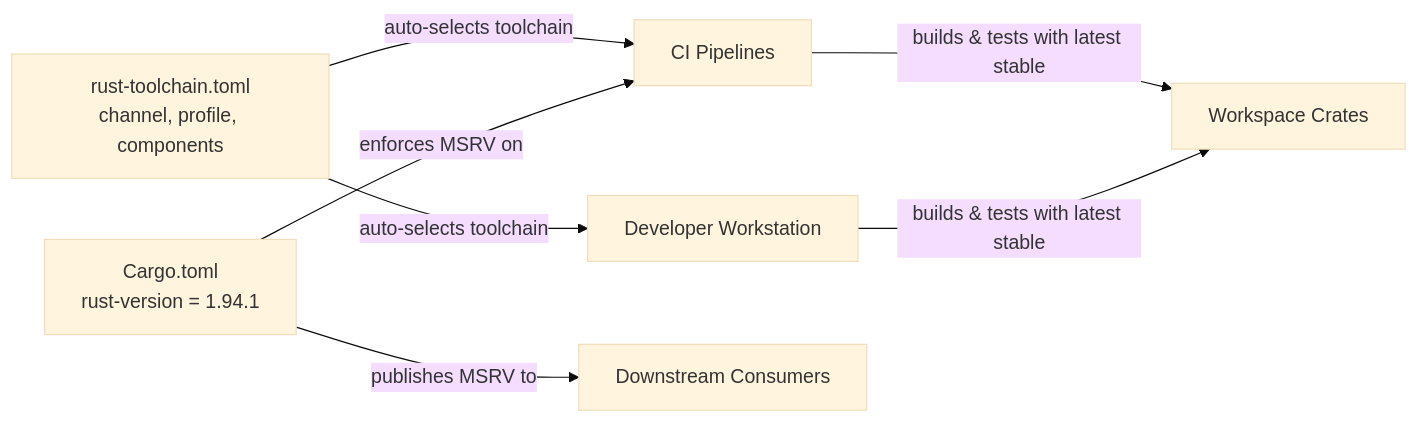
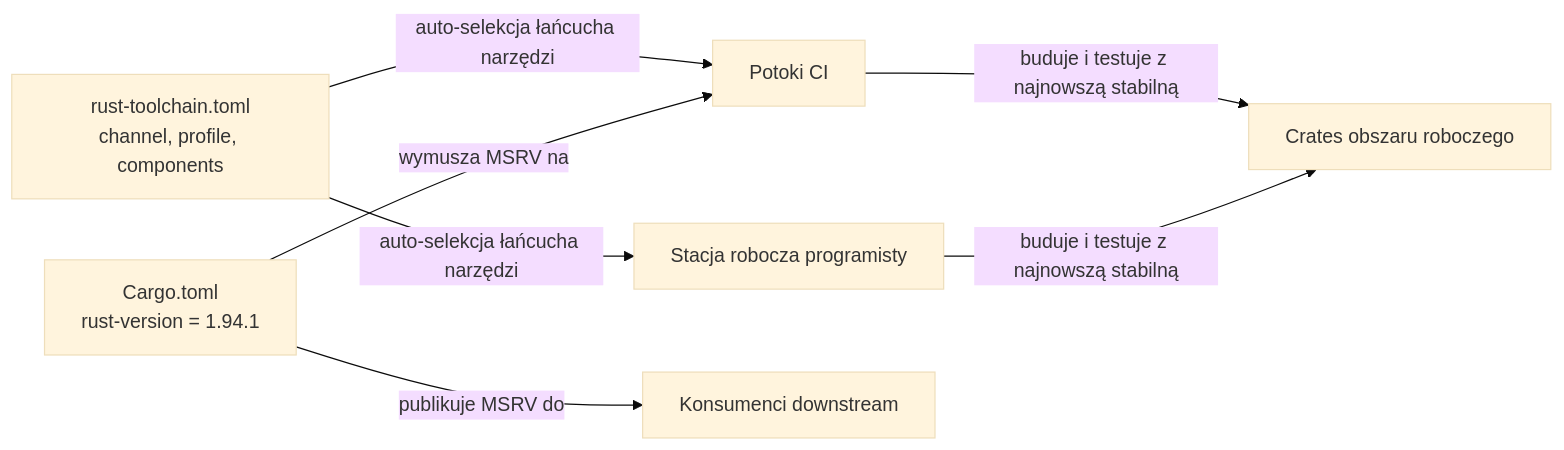
One commit to leszek3737/librefang-WIki changed the diagram in root-rust-toolchain-toml.md. Above: the diagram before and after it, drawn with Mermaid (base theme). The commit also changed other lines of this file and 104 other files, not shown here.

````diff
--- a/root-rust-toolchain-toml.md
+++ b/root-rust-toolchain-toml.md
@@ -56,15 +56,15 @@
 ```mermaid
 graph LR
     RT[rust-toolchain.toml<br/>channel, profile, components]
     CT[Cargo.toml<br/>rust-version = 1.94.1]
-    CI[CI Pipelines]
-    DEV[Developer Workstation]
+    CI[Potoki CI]
+    DEV[Stacja robocza programisty]
 
-    RT -->|auto-selects toolchain| CI
-    RT -->|auto-selects toolchain| DEV
-    CT -->|enforces MSRV on| CI
-    CT -->|publishes MSRV to| DOWN[Downstream Consumers]
+    RT -->|auto-selekcja łańcucha narzędzi| CI
+    RT -->|auto-selekcja łańcucha narzędzi| DEV
+    CT -->|wymusza MSRV na| CI
+    CT -->|publikuje MSRV do| DOWN[Konsumenci downstream]
 
-    CI -->|builds & tests with latest stable| SRC[Workspace Crates]
-    DEV -->|builds & tests with latest stable| SRC
+    CI -->|buduje i testuje z najnowszą stabilną| SRC[Crates obszaru roboczego]
+    DEV -->|buduje i testuje z najnowszą stabilną| SRC
 ```
````
